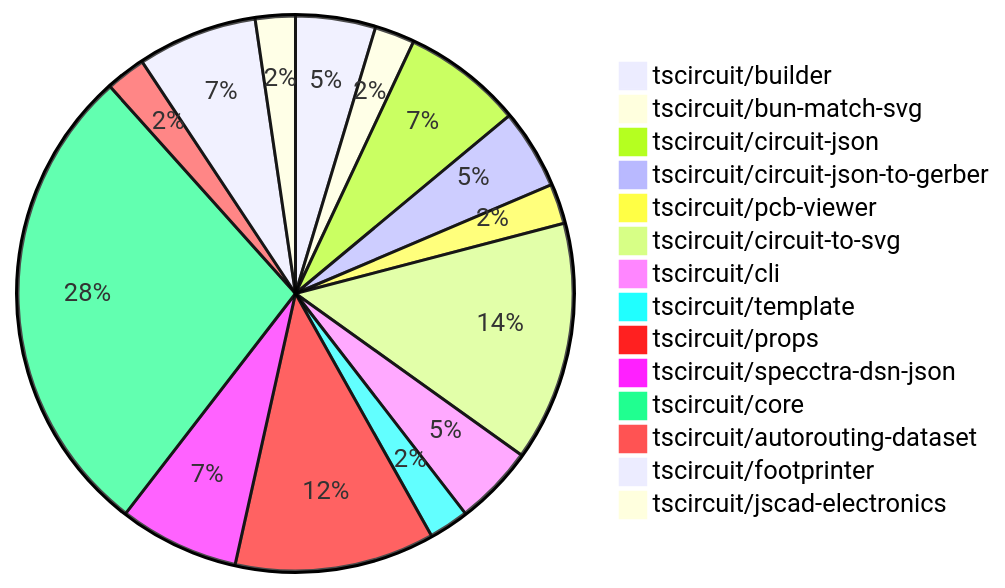
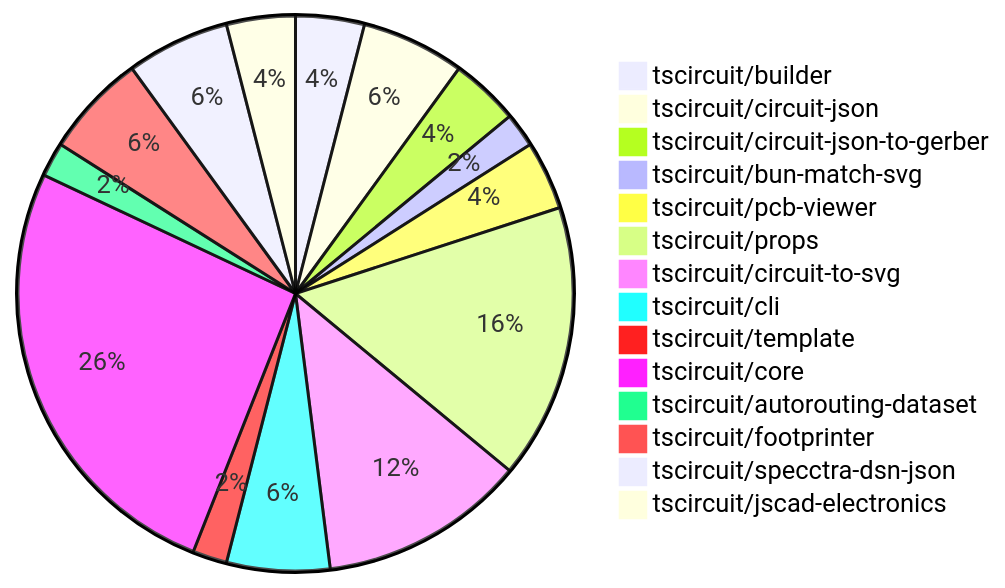
One commit to tscircuit/contribution-tracker changed the diagram in README.md. Above: the diagram before and after it, drawn with Mermaid. The commit also changed other lines of this file and 1 other file, not shown here.

````diff
--- a/README.md
+++ b/README.md
@@ -24,17 +24,17 @@
 ```mermaid
 pie
     "tscircuit/builder" : 2
-    "tscircuit/bun-match-svg" : 1
     "tscircuit/circuit-json" : 3
     "tscircuit/circuit-json-to-gerber" : 2
-    "tscircuit/pcb-viewer" : 1
+    "tscircuit/bun-match-svg" : 1
+    "tscircuit/pcb-viewer" : 2
+    "tscircuit/props" : 8
     "tscircuit/circuit-to-svg" : 6
-    "tscircuit/cli" : 2
+    "tscircuit/cli" : 3
     "tscircuit/template" : 1
-    "tscircuit/props" : 5
-    "tscircuit/specctra-dsn-json" : 3
-    "tscircuit/core" : 12
+    "tscircuit/core" : 13
     "tscircuit/autorouting-dataset" : 1
     "tscircuit/footprinter" : 3
-    "tscircuit/jscad-electronics" : 1
+    "tscircuit/specctra-dsn-json" : 3
+    "tscircuit/jscad-electronics" : 2
 ```
````
